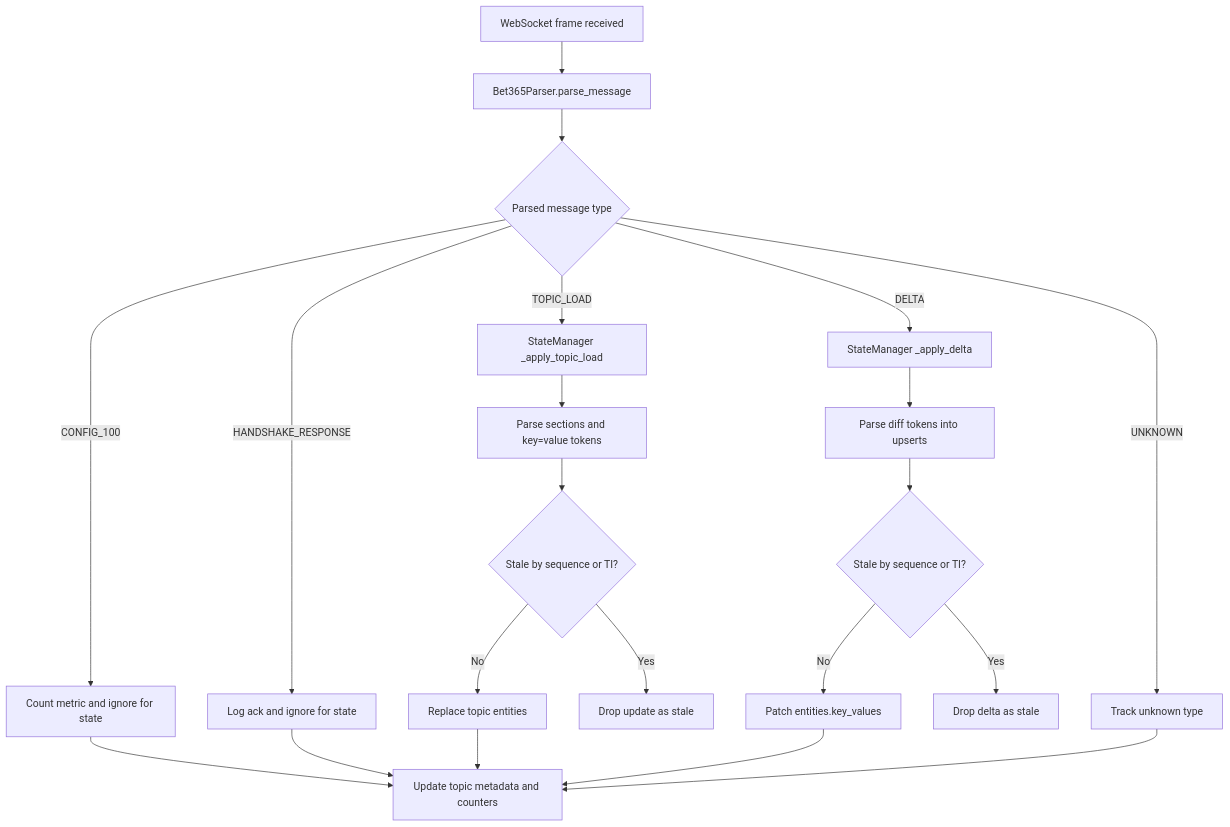
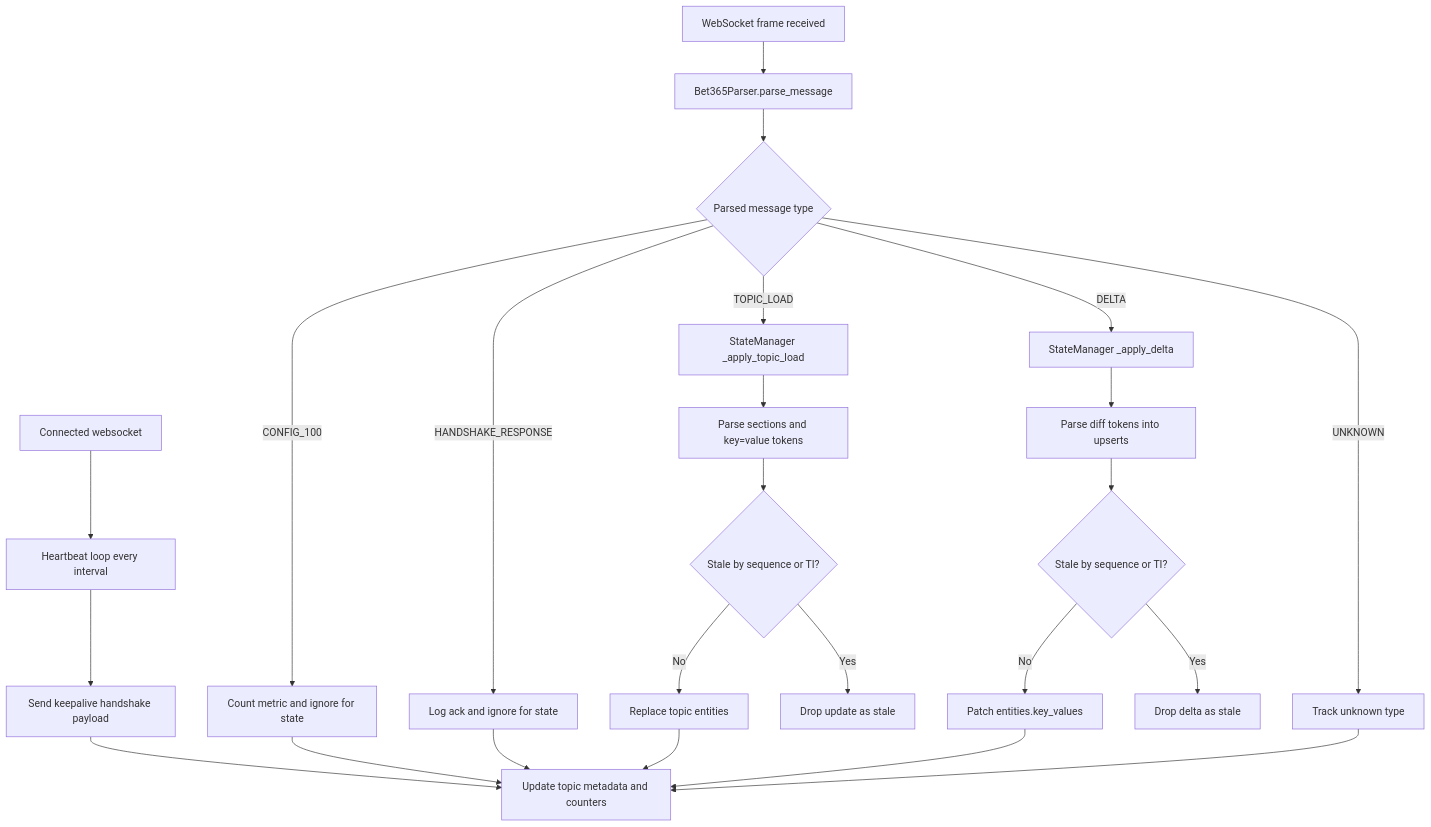
One commit to robert-7/Bet365-Odds-Websocket-Delta-Parser changed the first of 2 diagrams in bet365/README.md. Above: the diagram before and after it, drawn with Mermaid. The commit also changed other lines of this file and 7 other files, not shown here.

````diff
--- a/bet365/README.md
+++ b/bet365/README.md
@@ -25,27 +26,31 @@
 ```mermaid
 flowchart TD
+    A0[Connected websocket] --> A1[Heartbeat loop every interval]
+    A1 --> A2[Send keepalive handshake payload]
+
     A[WebSocket frame received] --> B[Bet365Parser.parse_message]
     B --> C{Parsed message type}
 
     C -->|CONFIG_100| D[Count metric and ignore for state]
     C -->|HANDSHAKE_RESPONSE| E[Log ack and ignore for state]
     C -->|TOPIC_LOAD| F[StateManager _apply_topic_load]
     C -->|DELTA| G[StateManager _apply_delta]
     C -->|UNKNOWN| H[Track unknown type]
 
     F --> I[Parse sections and key=value tokens]
     I --> J{Stale by sequence or TI?}
     J -->|No| K[Replace topic entities]
     J -->|Yes| L[Drop update as stale]
 
     G --> M[Parse diff tokens into upserts]
     M --> N{Stale by sequence or TI?}
     N -->|No| O[Patch entities.key_values]
     N -->|Yes| P[Drop delta as stale]
 
     K --> Q[Update topic metadata and counters]
     O --> Q
+    A2 --> Q
     D --> Q
     E --> Q
     H --> Q
 ```
````
